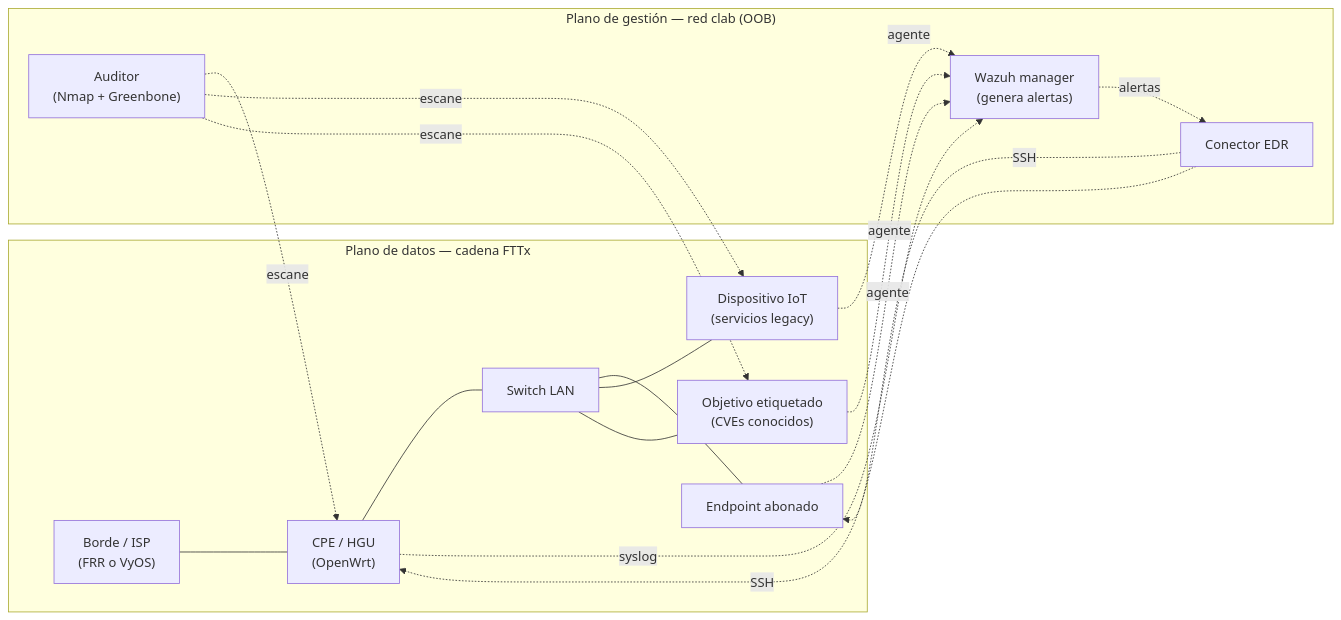
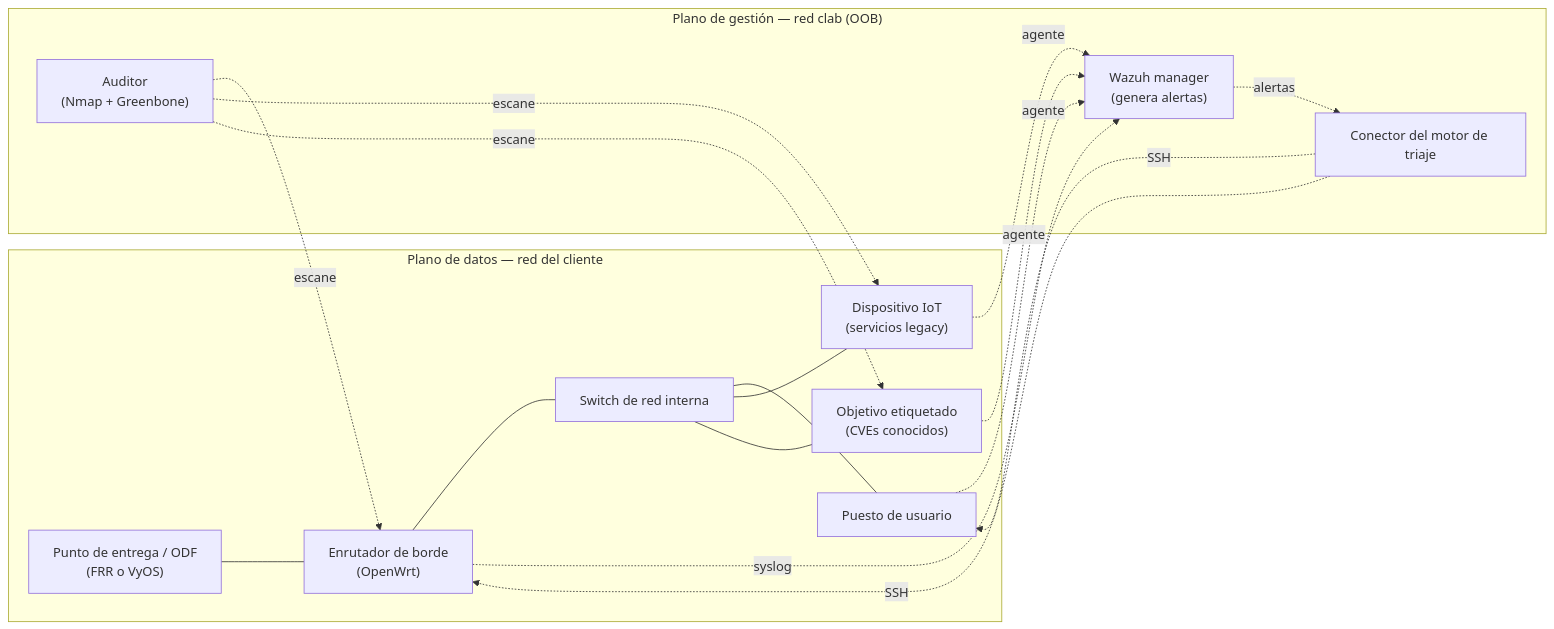
One commit to vBlanyer/domotai-pasantia changed the diagram in documentacion/03-fase3-entorno-de-pruebas/sandbox-red-containerlab.md. Above: the diagram before and after it, drawn with Mermaid. The commit also changed other lines of this file and 41 other files, not shown here.

````diff
--- a/documentacion/03-fase3-entorno-de-pruebas/sandbox-red-containerlab.md
+++ b/documentacion/03-fase3-entorno-de-pruebas/sandbox-red-containerlab.md
@@ -59,34 +65,34 @@
 ```mermaid
 flowchart LR
-    subgraph datos["Plano de datos — cadena FTTx"]
-        BORDE["Borde / ISP<br/>(FRR o VyOS)"]
-        CPE["CPE / HGU<br/>(OpenWrt)"]
-        SW["Switch LAN"]
-        PC["Endpoint abonado"]
+    subgraph datos["Plano de datos — red del cliente"]
+        PROV["Punto de entrega / ODF<br/>(FRR o VyOS)"]
+        BORDE["Enrutador de borde<br/>(OpenWrt)"]
+        SW["Switch de red interna"]
+        PC["Puesto de usuario"]
         IOT["Dispositivo IoT<br/>(servicios legacy)"]
         VULN["Objetivo etiquetado<br/>(CVEs conocidos)"]
     end
 
     subgraph gestion["Plano de gestión — red clab (OOB)"]
         WZ["Wazuh manager<br/>(genera alertas)"]
-        EDR["Conector EDR"]
+        TRI["Conector del motor de triaje"]
         AUD["Auditor<br/>(Nmap + Greenbone)"]
     end
 
-    BORDE --- CPE
-    CPE --- SW
+    PROV --- BORDE
+    BORDE --- SW
     SW --- PC
     SW --- IOT
     SW --- VULN
 
-    CPE -.syslog.-> WZ
+    BORDE -.syslog.-> WZ
     PC -.agente.-> WZ
     IOT -.agente.-> WZ
     VULN -.agente.-> WZ
-    WZ -.alertas.-> EDR
-    AUD -.escaneo.-> CPE
+    WZ -.alertas.-> TRI
+    AUD -.escaneo.-> BORDE
     AUD -.escaneo.-> IOT
     AUD -.escaneo.-> VULN
-    EDR -.SSH.-> CPE
-    EDR -.SSH.-> PC
+    TRI -.SSH.-> BORDE
+    TRI -.SSH.-> PC
 ```
````
